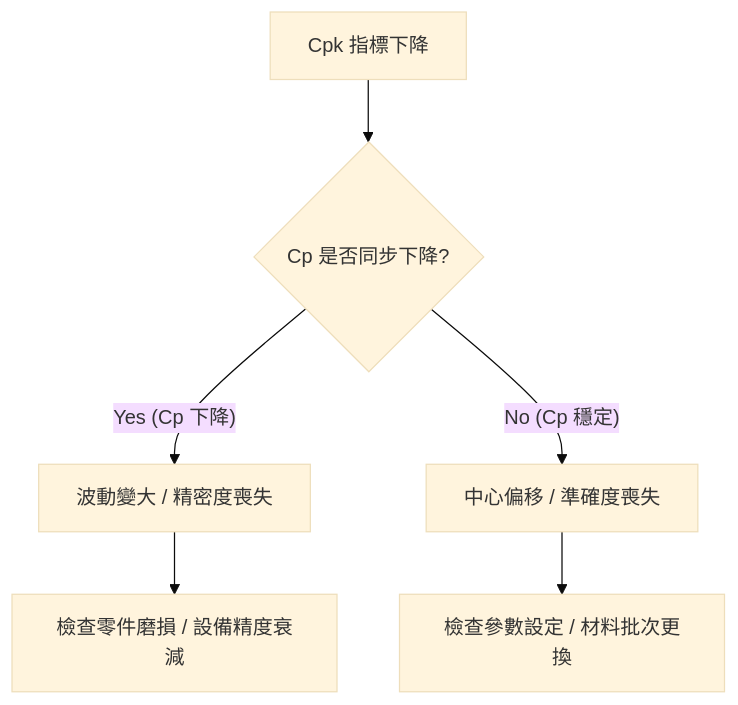
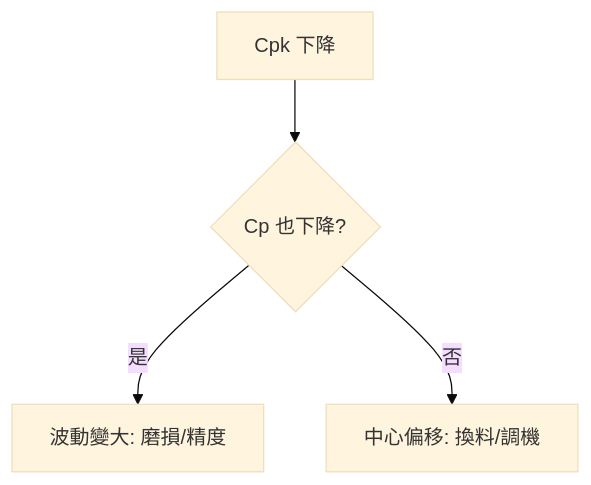
The diagram in docs/spc/engine/calculation-engine.md (LonelyYeezhiChicken/chicken-personal), drawn with Mermaid (base theme) before and after one commit. The commit also changed other lines of this file and 25 other files, not shown here.

````diff
--- a/docs/spc/engine/calculation-engine.md
+++ b/docs/spc/engine/calculation-engine.md
@@ -46,8 +43,6 @@
 ```mermaid
 flowchart TD
-    Start[Cpk 指標下降] --> CheckCp{Cp 是否同步下降?}
-    CheckCp -- "Yes (Cp 下降)" --> Narrow[波動變大 / 精密度喪失]
-    Narrow --> CheckMachine[檢查零件磨損 / 設備精度衰減]
-    CheckCp -- "No (Cp 穩定)" --> Shift[中心偏移 / 準確度喪失]
-    Shift --> CheckSet[檢查參數設定 / 材料批次更換]
+  Drop[Cpk 下降] --> CpDown{Cp 也下降?}
+  CpDown -->|是| Spread[波動變大: 磨損/精度]
+  CpDown -->|否| Shift[中心偏移: 換料/調機]
 ```
````
